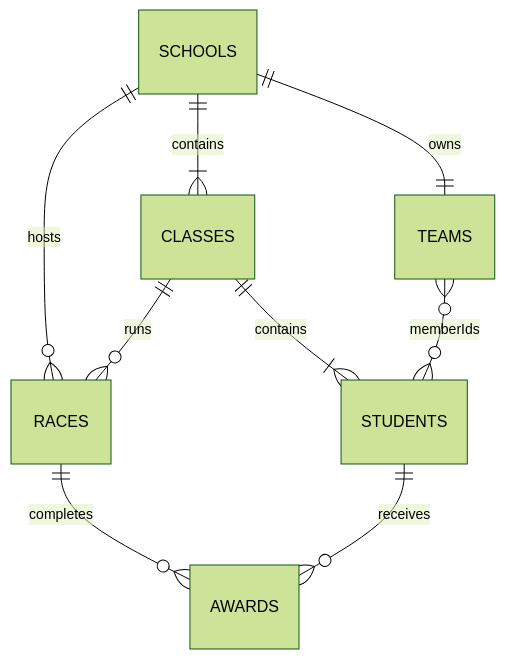
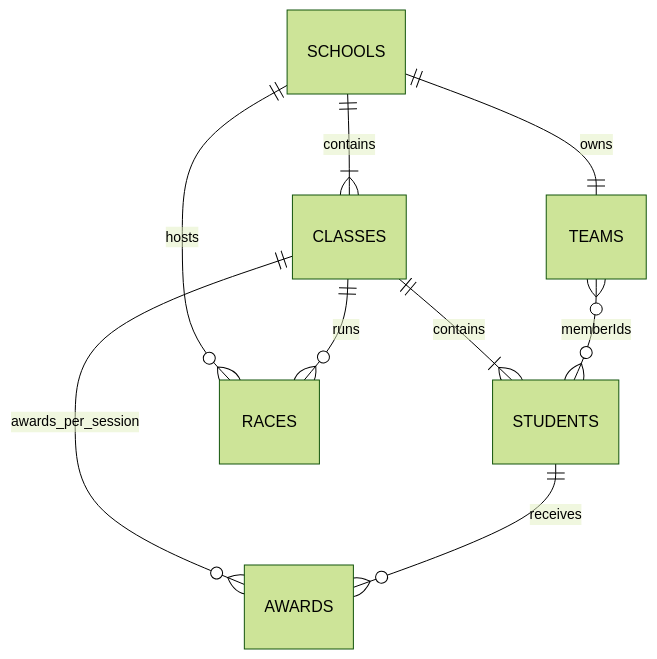
The diagram in docs/data-structure.md (eggttball/superrunners), drawn with Mermaid (forest theme) before and after one commit. The commit also changed other lines of this file and 23 other files, not shown here.

````diff
--- a/docs/data-structure.md
+++ b/docs/data-structure.md
@@ -59,11 +64,11 @@
 ```mermaid
 erDiagram
   SCHOOLS ||--|{ CLASSES : contains
   CLASSES ||--|{ STUDENTS : contains
   SCHOOLS ||--|| TEAMS : owns
   TEAMS }o--o{ STUDENTS : memberIds
   SCHOOLS ||--o{ RACES : hosts
   CLASSES ||--o{ RACES : runs
-  RACES ||--o{ AWARDS : completes
+  CLASSES ||--o{ AWARDS : awards_per_session
   STUDENTS ||--o{ AWARDS : receives
 ```
````
